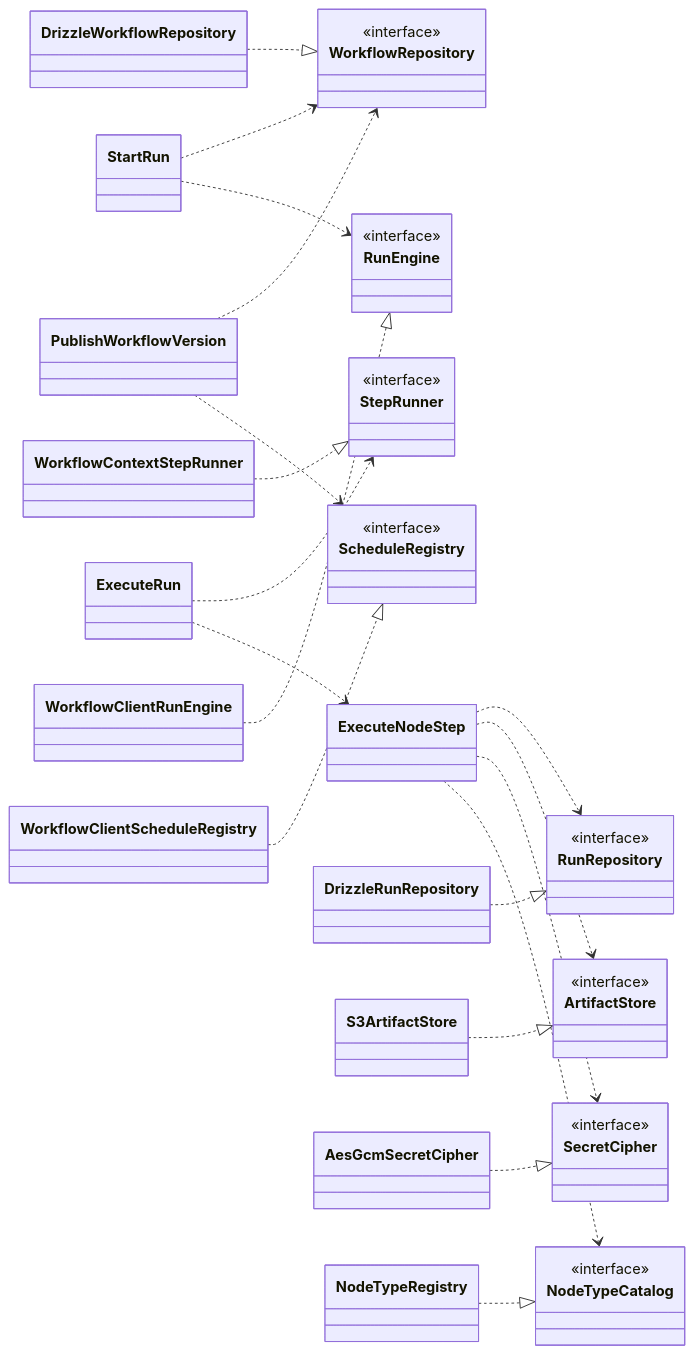
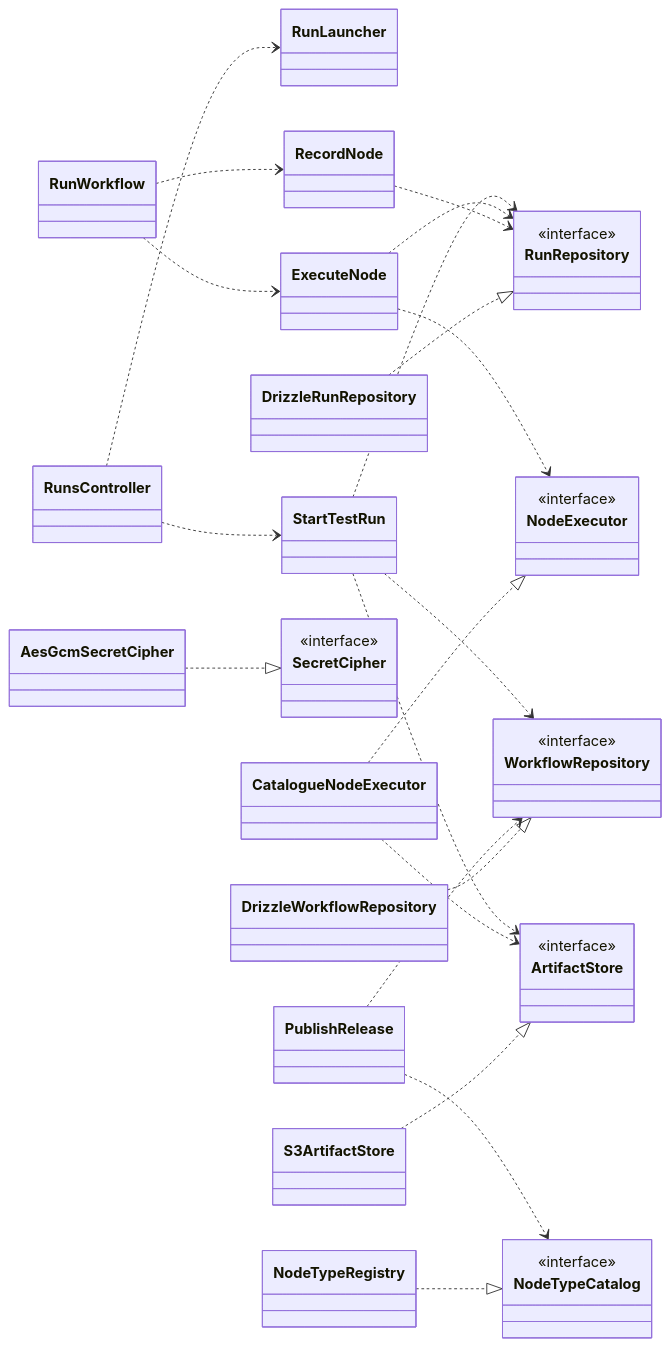
The second of 2 diagrams in docs/architecture/03-api.md (AidXylelele/tenon), drawn with Mermaid before and after one commit. The commit also changed other lines of this file and 264 other files, not shown here.

````diff
--- a/docs/architecture/03-api.md
+++ b/docs/architecture/03-api.md
@@ -105,50 +104,47 @@
 ```mermaid
 classDiagram
   direction LR
-  class ExecuteRun
-  class ExecuteNodeStep
-  class StartRun
-  class PublishWorkflowVersion
+  class RunWorkflow
+  class RunLauncher
+  class StartTestRun
+  class ExecuteNode
+  class RecordNode
+  class PublishRelease
   class WorkflowRepository
   <<interface>> WorkflowRepository
   class RunRepository
   <<interface>> RunRepository
   class ArtifactStore
   <<interface>> ArtifactStore
   class SecretCipher
   <<interface>> SecretCipher
   class NodeTypeCatalog
   <<interface>> NodeTypeCatalog
-  class StepRunner
-  <<interface>> StepRunner
-  class RunEngine
-  <<interface>> RunEngine
-  class ScheduleRegistry
-  <<interface>> ScheduleRegistry
+  class NodeExecutor
+  <<interface>> NodeExecutor
   class DrizzleWorkflowRepository
   class DrizzleRunRepository
   class S3ArtifactStore
   class AesGcmSecretCipher
   class NodeTypeRegistry
-  class WorkflowContextStepRunner
-  class WorkflowClientRunEngine
-  class WorkflowClientScheduleRegistry
-  StartRun ..> WorkflowRepository
-  StartRun ..> RunEngine
-  PublishWorkflowVersion ..> WorkflowRepository
-  PublishWorkflowVersion ..> ScheduleRegistry
-  ExecuteRun ..> StepRunner
-  ExecuteRun ..> ExecuteNodeStep
-  ExecuteNodeStep ..> RunRepository
-  ExecuteNodeStep ..> ArtifactStore
-  ExecuteNodeStep ..> SecretCipher
-  ExecuteNodeStep ..> NodeTypeCatalog
+  class CatalogueNodeExecutor
+  RunsController ..> StartTestRun
+  RunsController ..> RunLauncher
+  RunWorkflow ..> ExecuteNode
+  RunWorkflow ..> RecordNode
+  StartTestRun ..> WorkflowRepository
+  StartTestRun ..> RunRepository
+  StartTestRun ..> ArtifactStore
+  PublishRelease ..> WorkflowRepository
+  PublishRelease ..> NodeTypeCatalog
+  ExecuteNode ..> RunRepository
+  ExecuteNode ..> NodeExecutor
+  RecordNode ..> RunRepository
+  CatalogueNodeExecutor ..> ArtifactStore
   DrizzleWorkflowRepository ..|> WorkflowRepository
   DrizzleRunRepository ..|> RunRepository
   S3ArtifactStore ..|> ArtifactStore
   AesGcmSecretCipher ..|> SecretCipher
   NodeTypeRegistry ..|> NodeTypeCatalog
-  WorkflowContextStepRunner ..|> StepRunner
-  WorkflowClientRunEngine ..|> RunEngine
-  WorkflowClientScheduleRegistry ..|> ScheduleRegistry
+  CatalogueNodeExecutor ..|> NodeExecutor
 ```
````
